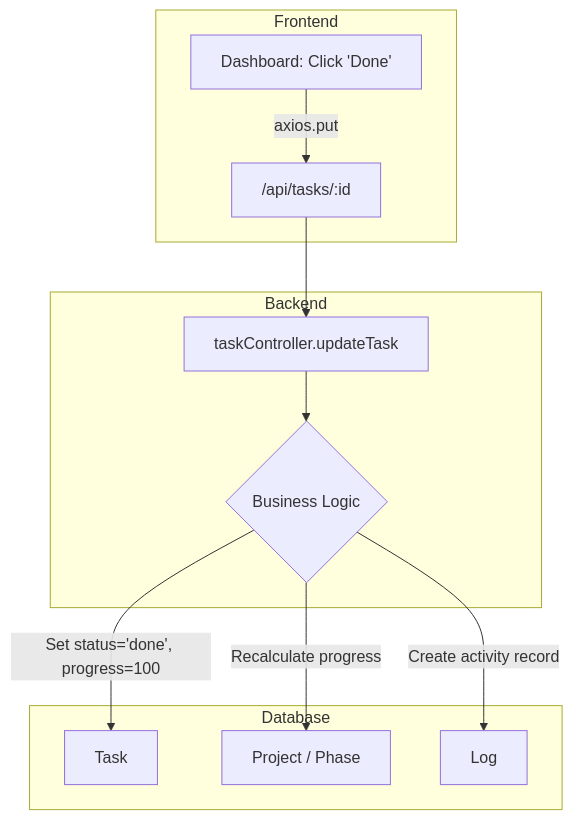
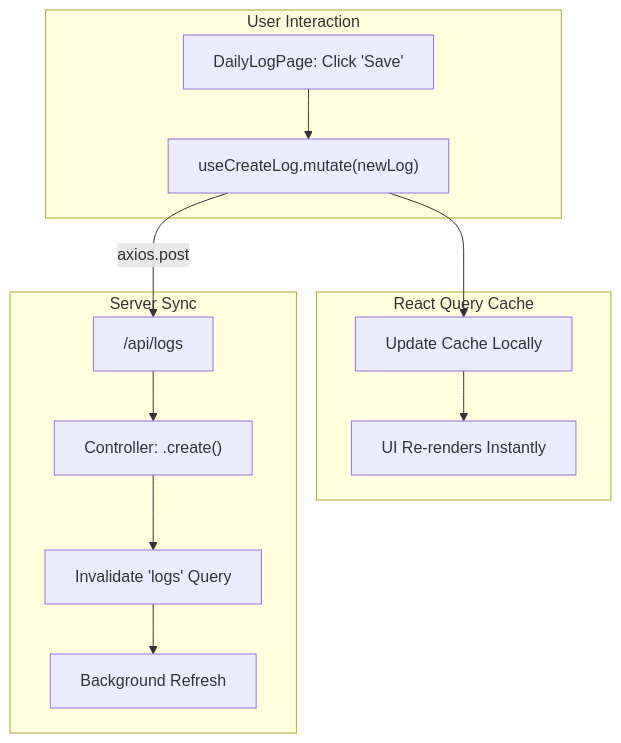
The third of 3 diagrams in agentic_memory/backend_frontend_linkage.md (RaghavSobti37/Taskmaster), drawn with Mermaid before and after one commit. The commit also changed other lines of this file and 40 other files, not shown here.

Commit message:
feat: implement React Query optimization and update documentation

````diff
--- a/agentic_memory/backend_frontend_linkage.md
+++ b/agentic_memory/backend_frontend_linkage.md
@@ -169,17 +173,18 @@
 ```mermaid
 graph TD
-    subgraph Frontend
-        A["Dashboard: Click 'Done'"] -->|axios.put| B["/api/tasks/:id"]
+    subgraph UI ["User Interaction"]
+        A["DailyLogPage: Click 'Save'"] --> B["useCreateLog.mutate(newLog)"]
     end
 
-    subgraph Backend
-        B --> C[taskController.updateTask]
-        C --> D{Business Logic}
+    subgraph Cache ["React Query Cache"]
+        B --> C["Update Cache Locally"]
+        C --> D["UI Re-renders Instantly"]
     end
 
-    subgraph Database
-        D -->|Set status='done', progress=100| E[Task]
-        D -->|Recalculate progress| F[Project / Phase]
-        D -->|Create activity record| G[Log]
+    subgraph Network ["Server Sync"]
+        B -->|axios.post| E["/api/logs"]
+        E --> F["Controller: .create()"]
+        F --> G["Invalidate 'logs' Query"]
+        G --> H["Background Refresh"]
     end
 ```
````
